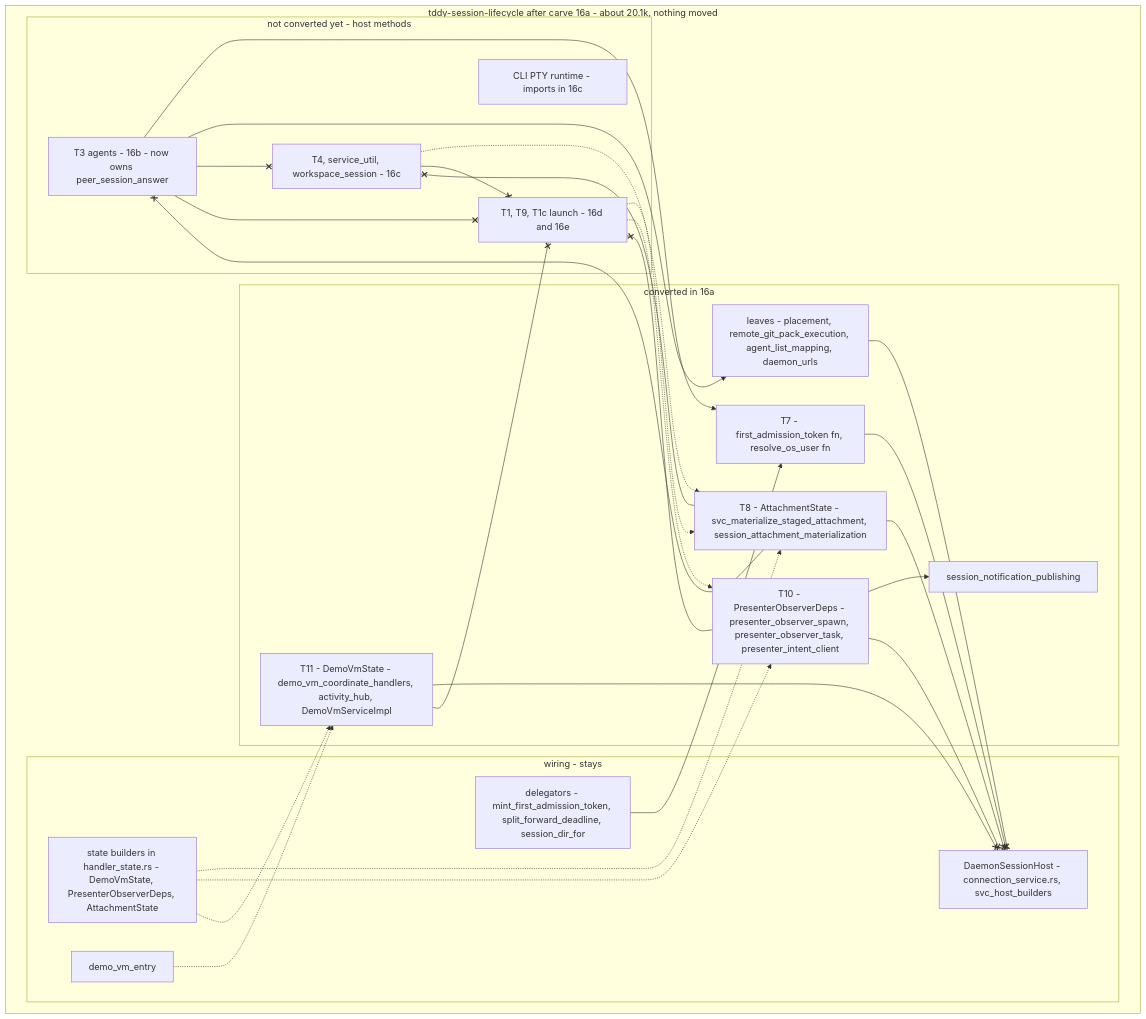
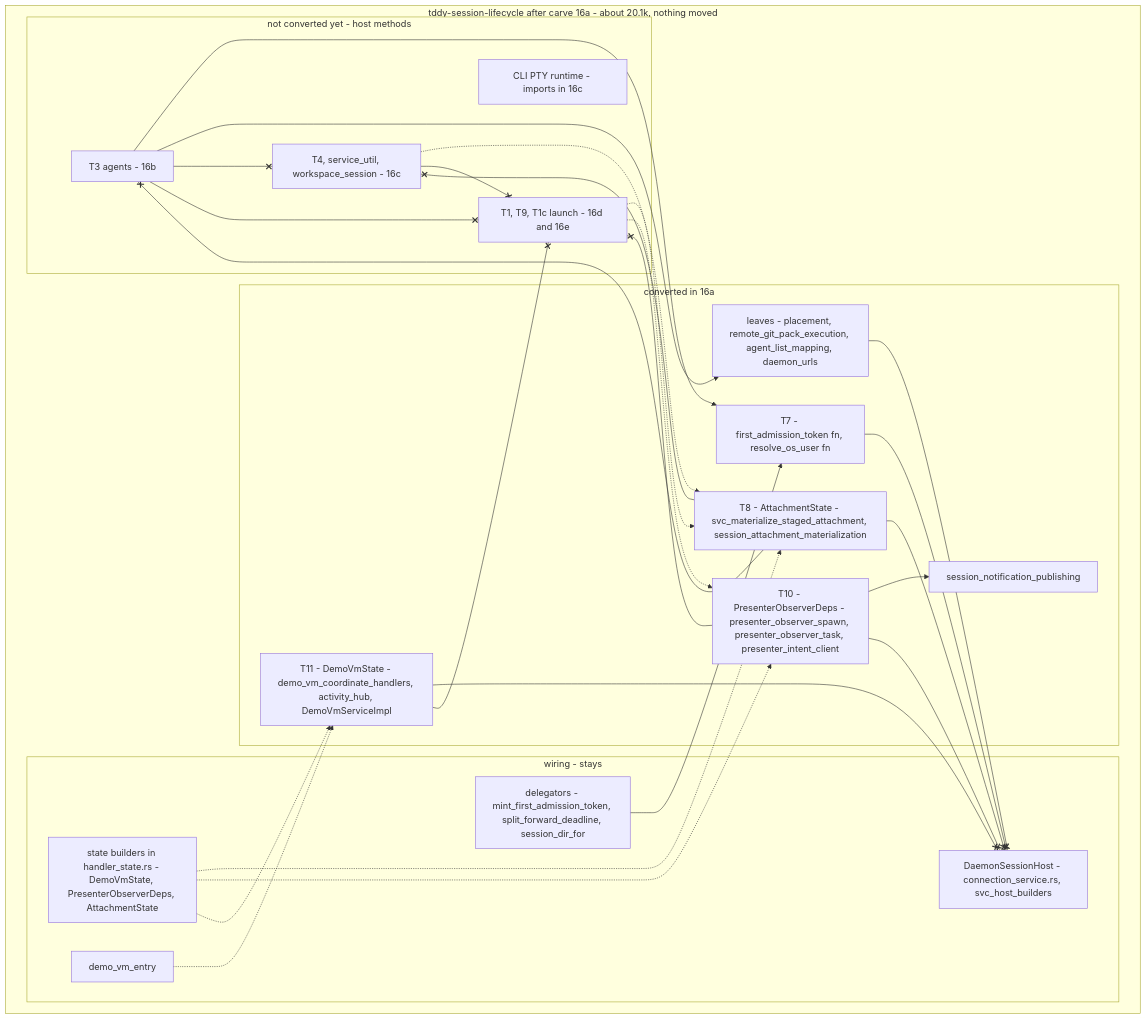
Before and after one commit to uppin/tddy-coder: the third of 5 diagrams in docs/dev/1-WIP/2026-09-26-carve-lifecycle-ports.md, drawn with Mermaid. The commit also changed other lines of this file and 15 other files, not shown here.

````diff
--- a/docs/dev/1-WIP/2026-09-26-carve-lifecycle-ports.md
+++ b/docs/dev/1-WIP/2026-09-26-carve-lifecycle-ports.md
@@ -941,52 +949,52 @@
 ```mermaid
 graph TD
   subgraph lc["tddy-session-lifecycle after carve 16a - about 20.1k, nothing moved"]
     subgraph W["wiring - stays"]
       host["DaemonSessionHost - connection_service.rs, svc_host_builders"]
       builders["state builders in handler_state.rs - DemoVmState, PresenterObserverDeps, AttachmentState"]
       dele["delegators - mint_first_admission_token, split_forward_deadline, session_dir_for"]
       demo_entry["demo_vm_entry"]
     end
 
     subgraph DONE["converted in 16a"]
       t7["T7 - first_admission_token fn, resolve_os_user fn"]
       t8["T8 - AttachmentState - svc_materialize_staged_attachment, session_attachment_materialization"]
       t10["T10 - PresenterObserverDeps - presenter_observer_spawn, presenter_observer_task, presenter_intent_client"]
       t10p["session_notification_publishing"]
       t11["T11 - DemoVmState - demo_vm_coordinate_handlers, activity_hub, DemoVmServiceImpl"]
       leaves["leaves - placement, remote_git_pack_execution, agent_list_mapping, daemon_urls"]
     end
 
     subgraph TODO["not converted yet - host methods"]
-      t3["T3 agents - 16b - now owns peer_session_answer"]
+      t3["T3 agents - 16b"]
       t4["T4, service_util, workspace_session - 16c"]
       cli["CLI PTY runtime - imports in 16c"]
       t1["T1, T9, T1c launch - 16d and 16e"]
     end
   end
 
   builders -.-> t8
   builders -.-> t10
   builders -.-> t11
   demo_entry -.-> t11
   dele --> t7
   t10 --> t10p
   t3 --> t7
   t3 --> leaves
   t1 -.-> t8
   t1 -.-> t10
   t4 -.-> t8
 
   t7 --x host
   t8 --x host
   t10 --x host
   t11 --x host
   leaves --x host
   t8 --x t4
   t8 --x t3
   t10 --x t1
   t11 --x t1
   t3 --x t4
   t3 --x t1
   t4 --x t1
 ```
````
